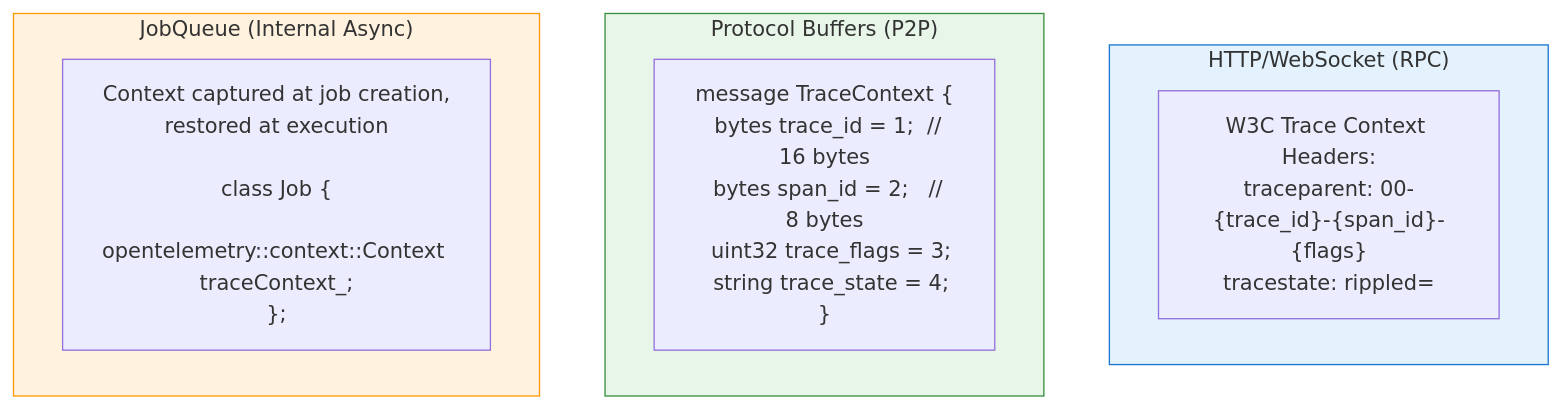
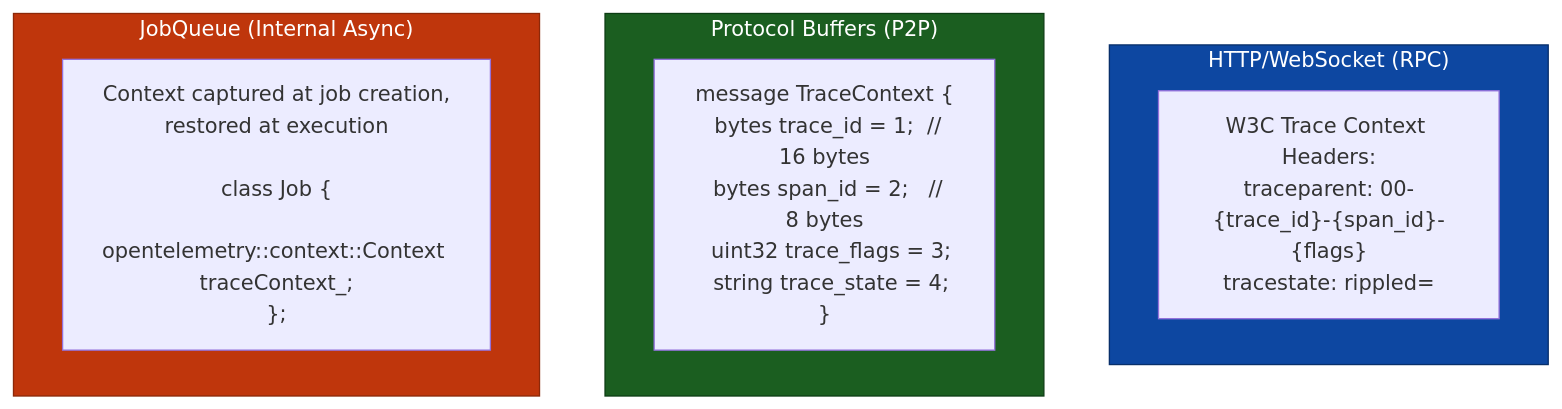
One commit to XRPL-Node/rippled changed the second of 3 diagrams in OpenTelemetryPlan/02-design-decisions.md. Above: the diagram before and after it, drawn with Mermaid. The commit also changed other lines of this file and 8 other files, not shown here.

````diff
--- a/OpenTelemetryPlan/02-design-decisions.md
+++ b/OpenTelemetryPlan/02-design-decisions.md
@@ -234,18 +234,18 @@
 ```mermaid
 flowchart TB
     subgraph http["HTTP/WebSocket (RPC)"]
         w3c["W3C Trace Context Headers:<br/>traceparent: 00-{trace_id}-{span_id}-{flags}<br/>tracestate: rippled=<state>"]
     end
 
     subgraph protobuf["Protocol Buffers (P2P)"]
         proto["message TraceContext {<br/>  bytes trace_id = 1;  // 16 bytes<br/>  bytes span_id = 2;   // 8 bytes<br/>  uint32 trace_flags = 3;<br/>  string trace_state = 4;<br/>}"]
     end
 
     subgraph jobqueue["JobQueue (Internal Async)"]
         job["Context captured at job creation,<br/>restored at execution<br/><br/>class Job {<br/>  opentelemetry::context::Context traceContext_;<br/>};"]
     end
 
-    style http fill:#e3f2fd,stroke:#1976d2
-    style protobuf fill:#e8f5e9,stroke:#388e3c
-    style jobqueue fill:#fff3e0,stroke:#ff9800
+    style http fill:#0d47a1,stroke:#082f6a,color:#ffffff
+    style protobuf fill:#1b5e20,stroke:#0d3d14,color:#ffffff
+    style jobqueue fill:#bf360c,stroke:#8c2809,color:#ffffff
 ```
````
